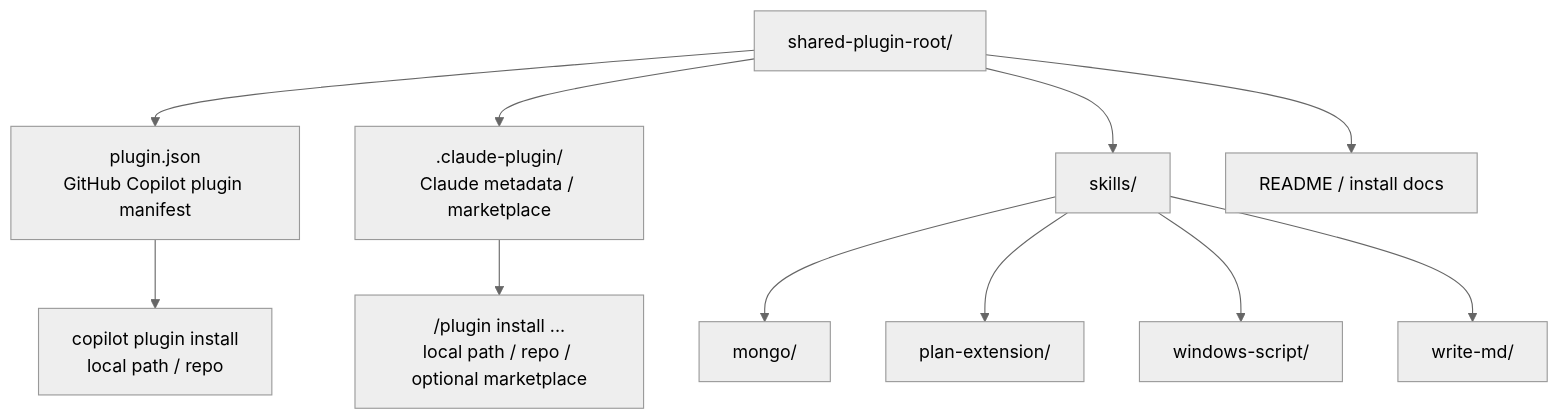
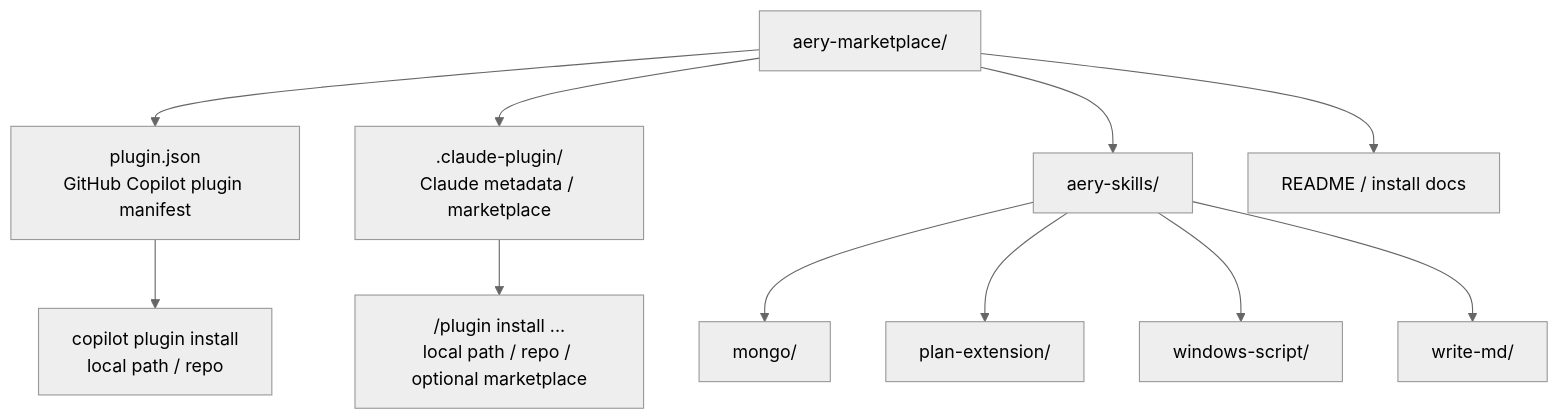
The diagram in docs-plan/local-skills-plugin-migration-plan.md (Aery9527/ai-copilot-spells), drawn with Mermaid (neutral theme) before and after one commit. The commit also changed other lines of this file and 19 other files, not shown here.

Commit message:
Refactor local skills into aery marketplace

````diff
--- a/docs-plan/local-skills-plugin-migration-plan.md
+++ b/docs-plan/local-skills-plugin-migration-plan.md
@@ -57,15 +57,15 @@
 ```mermaid
 flowchart TD
-    Root["shared-plugin-root/"] --> Copilot["plugin.json<br/>GitHub Copilot plugin manifest"]
+    Root["aery-marketplace/"] --> Copilot["plugin.json<br/>GitHub Copilot plugin manifest"]
     Root --> Claude[".claude-plugin/<br/>Claude metadata / marketplace"]
-    Root --> Skills["skills/"]
+    Root --> Skills["aery-skills/"]
     Root --> Docs["README / install docs"]
 
     Skills --> Mongo["mongo/"]
     Skills --> PlanExt["plan-extension/"]
     Skills --> WinScript["windows-script/"]
     Skills --> WriteMd["write-md/"]
 
     Copilot --> InstallCopilot["copilot plugin install<br/>local path / repo"]
     Claude --> InstallClaude["/plugin install ...<br/>local path / repo / optional marketplace"]
 ```
````
